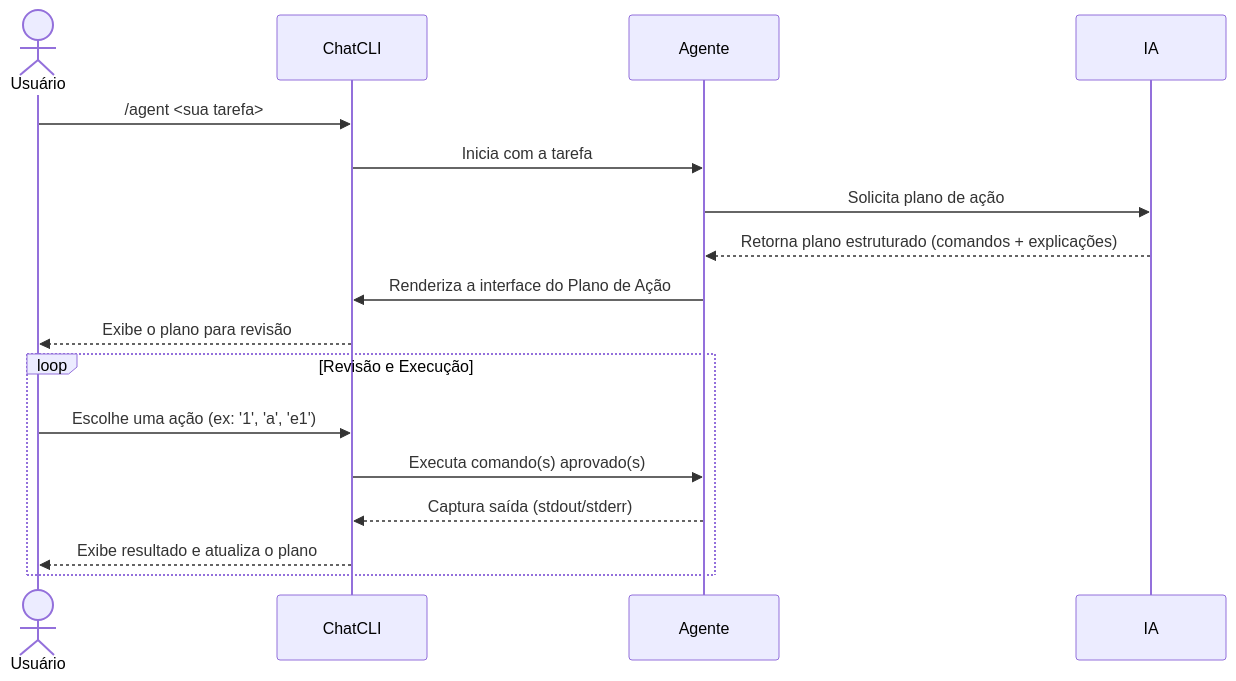
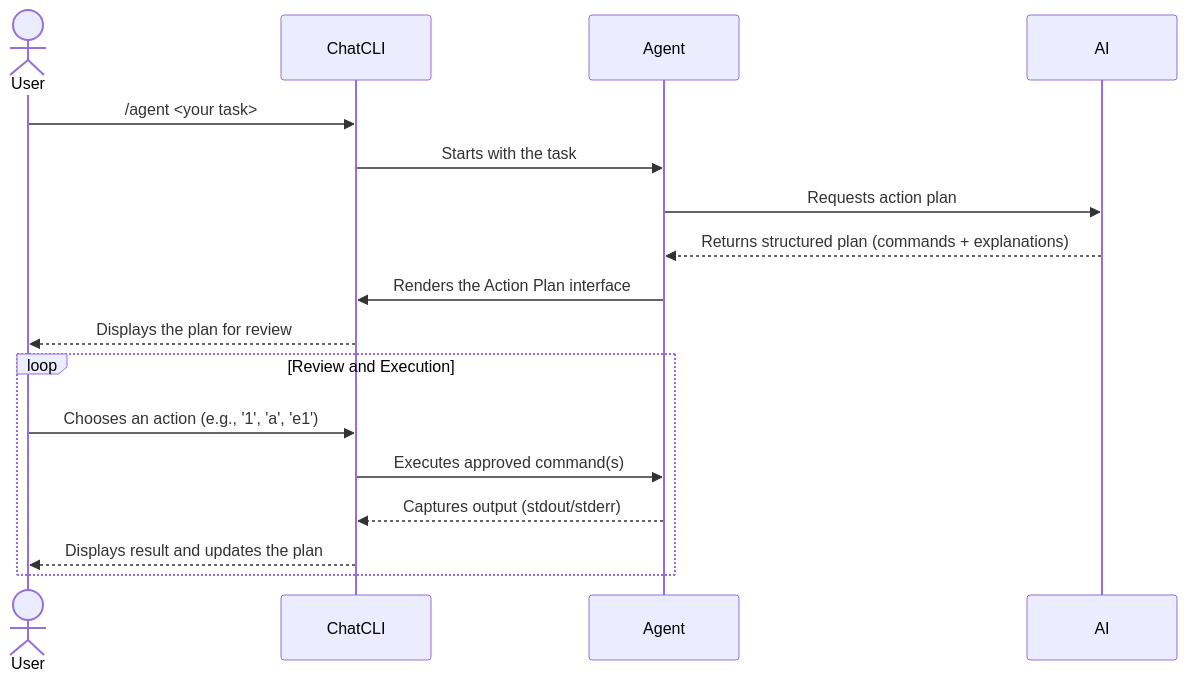
Before and after one commit to diillson/chatcli.ai: the diagram in core-concepts/agent-mode.mdx, drawn with Mermaid. The commit also changed other lines of this file and 500 other files, not shown here.

````diff
--- a/core-concepts/agent-mode.mdx
+++ b/core-concepts/agent-mode.mdx
@@ -26,21 +26,21 @@
 ```mermaid
 sequenceDiagram
-    actor User as Usuário
+    actor User as User
     participant CLI as ChatCLI
-    participant Agent as Agente
-    participant LLM as IA
+    participant Agent as Agent
+    participant LLM as AI
 
-    User->>CLI: /agent <sua tarefa>
-    CLI->>Agent: Inicia com a tarefa
-    Agent->>LLM: Solicita plano de ação
-    LLM-->>Agent: Retorna plano estruturado (comandos + explicações)
-    Agent->>CLI: Renderiza a interface do Plano de Ação
-    CLI-->>User: Exibe o plano para revisão
+    User->>CLI: /agent <your task>
+    CLI->>Agent: Starts with the task
+    Agent->>LLM: Requests action plan
+    LLM-->>Agent: Returns structured plan (commands + explanations)
+    Agent->>CLI: Renders the Action Plan interface
+    CLI-->>User: Displays the plan for review
 
-    loop Revisão e Execução
-        User->>CLI: Escolhe uma ação (ex: '1', 'a', 'e1')
-        CLI->>Agent: Executa comando(s) aprovado(s)
-        Agent-->>CLI: Captura saída (stdout/stderr)
-        CLI-->>User: Exibe resultado e atualiza o plano
+    loop Review and Execution
+        User->>CLI: Chooses an action (e.g., '1', 'a', 'e1')
+        CLI->>Agent: Executes approved command(s)
+        Agent-->>CLI: Captures output (stdout/stderr)
+        CLI-->>User: Displays result and updates the plan
     end
 ```
````
